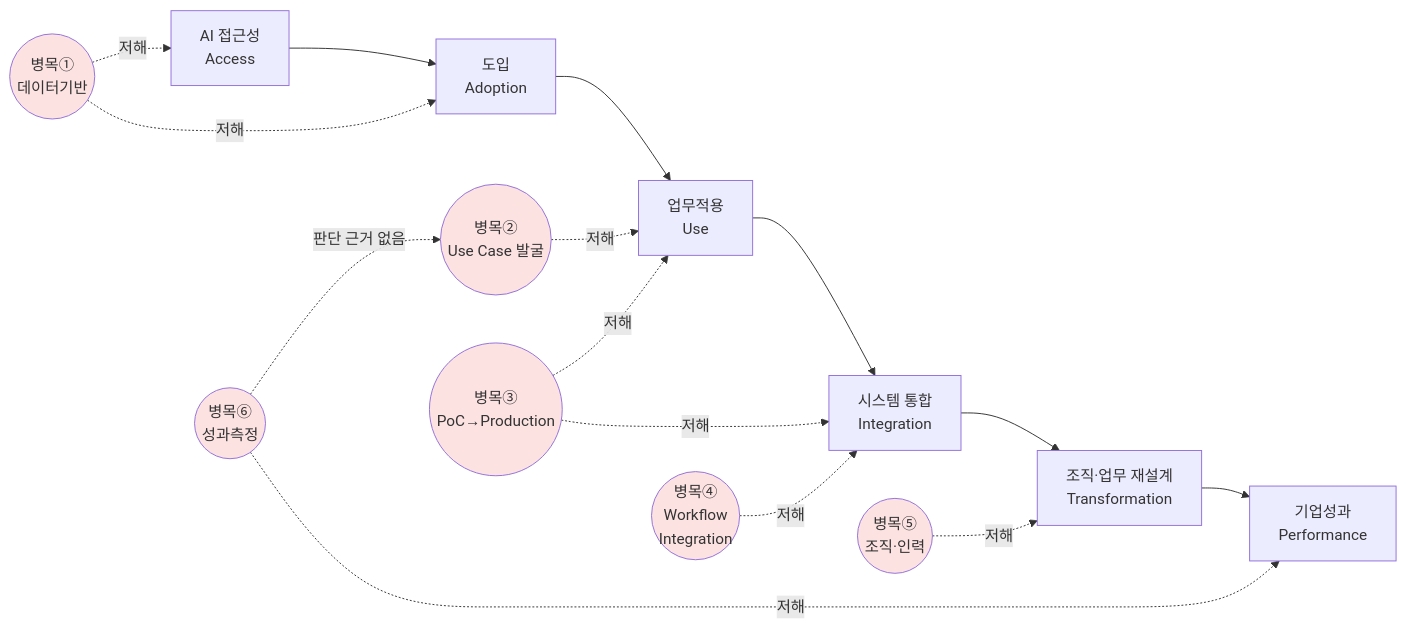
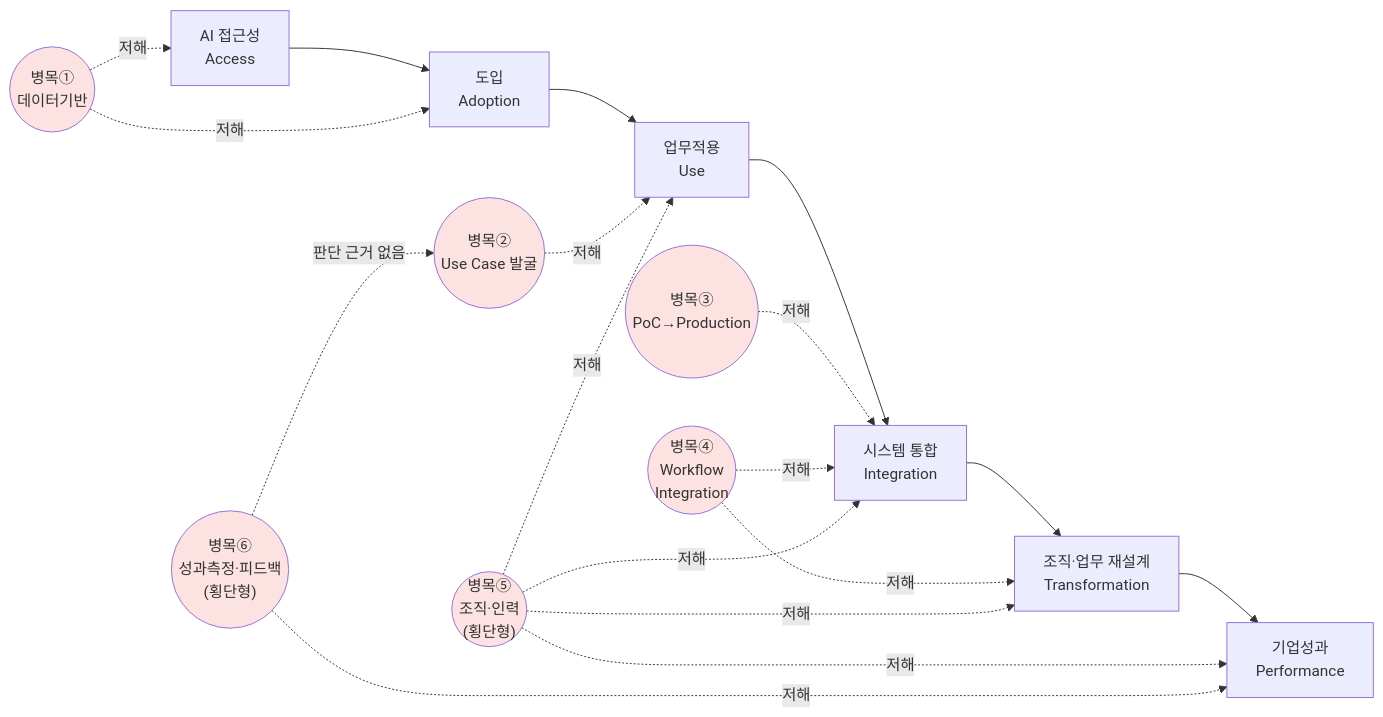
One commit to chamgil71/mywiki changed the diagram in content/report/AIreport/중소기업 AI 전환(AX) 성과 병목 분석.md. Above: the diagram before and after it, drawn with Mermaid. The commit also changed other lines of this file, not shown here.

````diff
--- a/content/report/AIreport/중소기업 AI 전환(AX) 성과 병목 분석.md
+++ b/content/report/AIreport/중소기업 AI 전환(AX) 성과 병목 분석.md
@@ -555,25 +597,28 @@
 ```mermaid
 flowchart LR
     A["AI 접근성<br/>Access"] --> B["도입<br/>Adoption"]
     B --> C["업무적용<br/>Use"]
     C --> D["시스템 통합<br/>Integration"]
     D --> E["조직·업무 재설계<br/>Transformation"]
     E --> F["기업성과<br/>Performance"]
 
     B1(("병목①<br/>데이터기반")) -. 저해 .-> A
     B1 -. 저해 .-> B
     B2(("병목②<br/>Use Case 발굴")) -. 저해 .-> C
-    B3(("병목③<br/>PoC→Production")) -. 저해 .-> C
-    B3 -. 저해 .-> D
+    B3(("병목③<br/>PoC→Production")) -. 저해 .-> D
     B4(("병목④<br/>Workflow<br/>Integration")) -. 저해 .-> D
-    B5(("병목⑤<br/>조직·인력")) -. 저해 .-> E
-    B6(("병목⑥<br/>성과측정")) -. 저해 .-> F
+    B4 -. 저해 .-> E
+    B5(("병목⑤<br/>조직·인력<br/>(횡단형)")) -. 저해 .-> C
+    B5 -. 저해 .-> D
+    B5 -. 저해 .-> E
+    B5 -. 저해 .-> F
+    B6(("병목⑥<br/>성과측정·피드백<br/>(횡단형)")) -. 저해 .-> F
     B6 -. 판단 근거 없음 .-> B2
 
     style B1 fill:#fde2e2
     style B2 fill:#fde2e2
     style B3 fill:#fde2e2
     style B4 fill:#fde2e2
     style B5 fill:#fde2e2
     style B6 fill:#fde2e2
 ```
````
